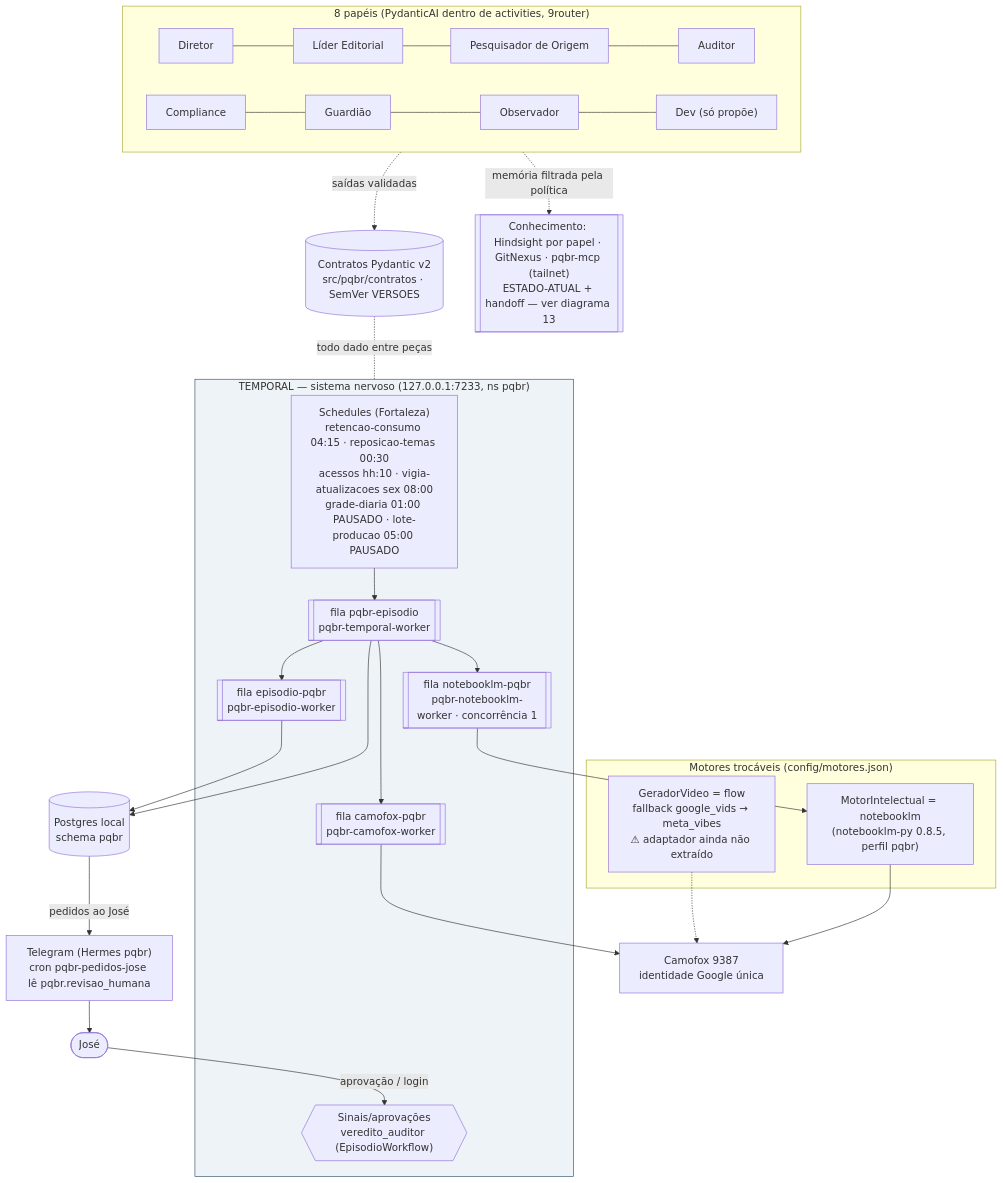
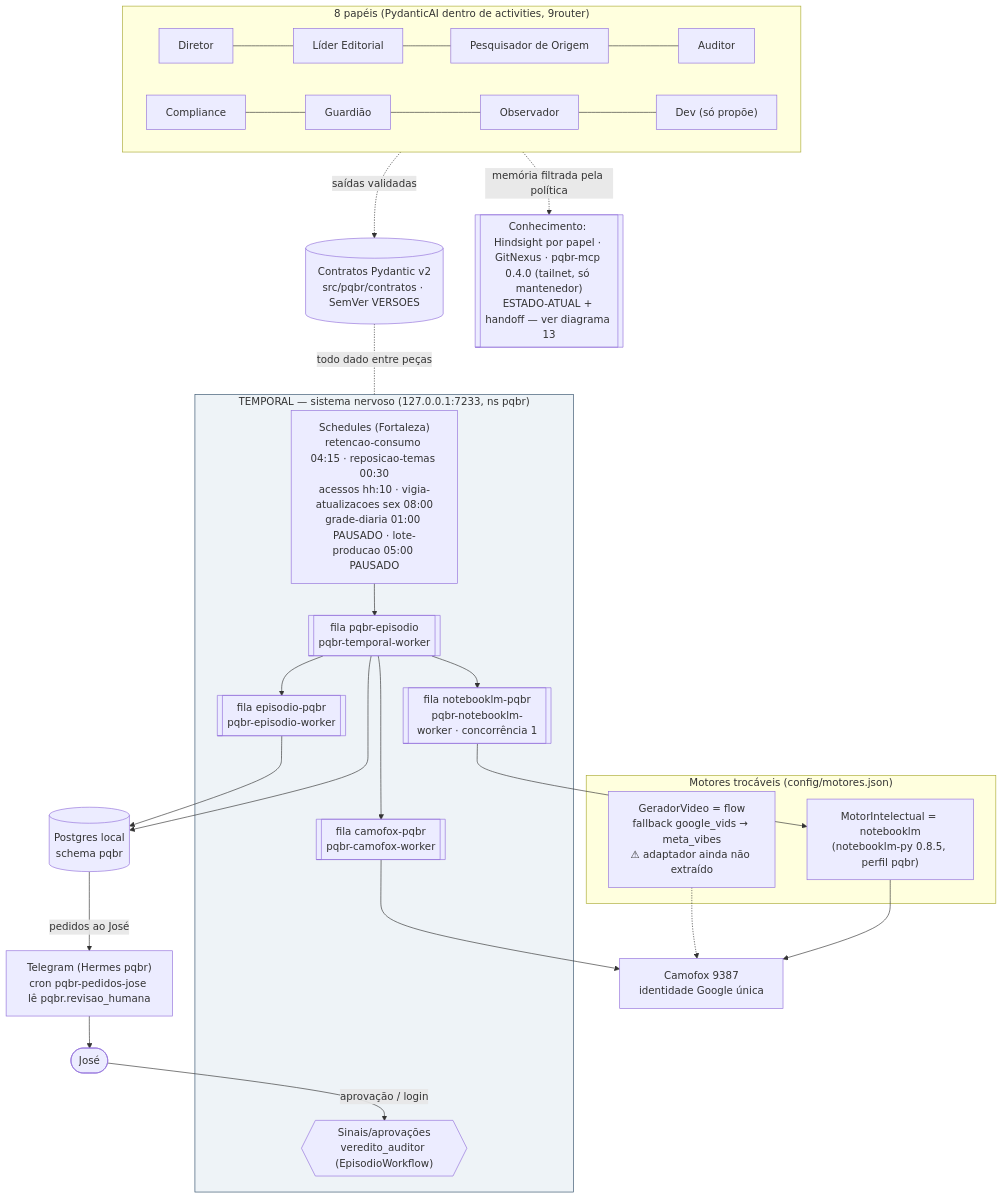
The diagram in docs/mapa/00-visao-geral.mmd (jvmendesjr/PQBR), drawn with Mermaid before and after one commit. The commit also changed 11 other files, not shown here.

```diff
--- a/docs/mapa/00-visao-geral.mmd
+++ b/docs/mapa/00-visao-geral.mmd
@@ -1,38 +1,38 @@
 %% Mapa PQBR — Visão geral. Gerado do código em 24/10/2026 (commit base c752abc). Só muda por proposta aprovada pelo José.
 flowchart TB
   JOSE(["José"])
   TG["Telegram (Hermes pqbr)<br/>cron pqbr-pedidos-jose lê pqbr.revisao_humana"]
   subgraph T["TEMPORAL — sistema nervoso (127.0.0.1:7233, ns pqbr)"]
     SCH["Schedules (Fortaleza)<br/>retencao-consumo 04:15 · reposicao-temas 00:30<br/>acessos hh:10 · vigia-atualizacoes sex 08:00<br/>grade-diaria 01:00 PAUSADO · lote-producao 05:00 PAUSADO"]
     Q1[["fila pqbr-episodio<br/>pqbr-temporal-worker"]]
     Q2[["fila episodio-pqbr<br/>pqbr-episodio-worker"]]
     Q3[["fila notebooklm-pqbr<br/>pqbr-notebooklm-worker · concorrência 1"]]
     Q4[["fila camofox-pqbr<br/>pqbr-camofox-worker"]]
     SIG{{"Sinais/aprovações<br/>veredito_auditor (EpisodioWorkflow)"}}
   end
   subgraph M["Motores trocáveis (config/motores.json)"]
     MI["MotorIntelectual = notebooklm<br/>(notebooklm-py 0.8.5, perfil pqbr)"]
     GV["GeradorVideo = flow<br/>fallback google_vids → meta_vibes<br/>⚠ adaptador ainda não extraído"]
   end
   subgraph A["8 papéis (PydanticAI dentro de activities, 9router)"]
     R1["Diretor"] --- R2["Líder Editorial"] --- R3["Pesquisador de Origem"] --- R4["Auditor"]
     R5["Compliance"] --- R6["Guardião"] --- R7["Observador"] --- R8["Dev (só propõe)"]
   end
   C[("Contratos Pydantic v2<br/>src/pqbr/contratos · SemVer VERSOES")]
   PG[("Postgres local<br/>schema pqbr")]
   CF["Camofox 9387<br/>identidade Google única"]
   SCH --> Q1
   Q1 --> Q3 & Q2 & Q4
   Q3 --> MI --> CF
   Q4 --> CF
   GV -.-> CF
   A -. "saídas validadas" .-> C
   Q1 & Q2 --> PG
   PG -- "pedidos ao José" --> TG --> JOSE
   JOSE -- "aprovação / login" --> SIG
   C -. "todo dado entre peças" .- T
   %% t84u–t101u (26/10/2026)
-  K13[["Conhecimento: Hindsight por papel · GitNexus · pqbr-mcp (tailnet)<br/>ESTADO-ATUAL + handoff — ver diagrama 13"]]
+  K13[["Conhecimento: Hindsight por papel · GitNexus · pqbr-mcp 0.4.0 (tailnet, só mantenedor)<br/>ESTADO-ATUAL + handoff — ver diagrama 13"]]
   A -. "memória filtrada pela política" .-> K13
   classDef core fill:#eef3f7,stroke:#33506b;
   class T core;
```
